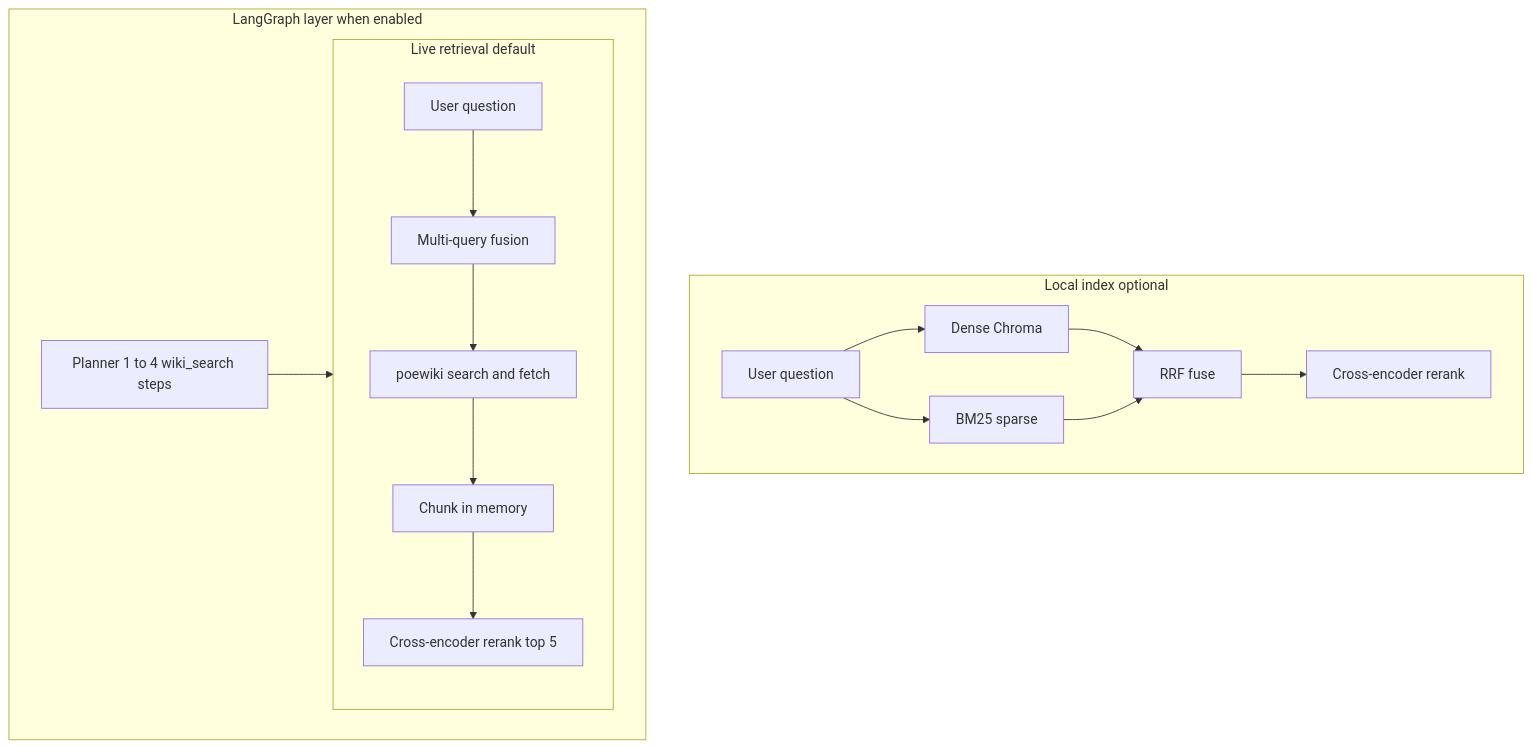
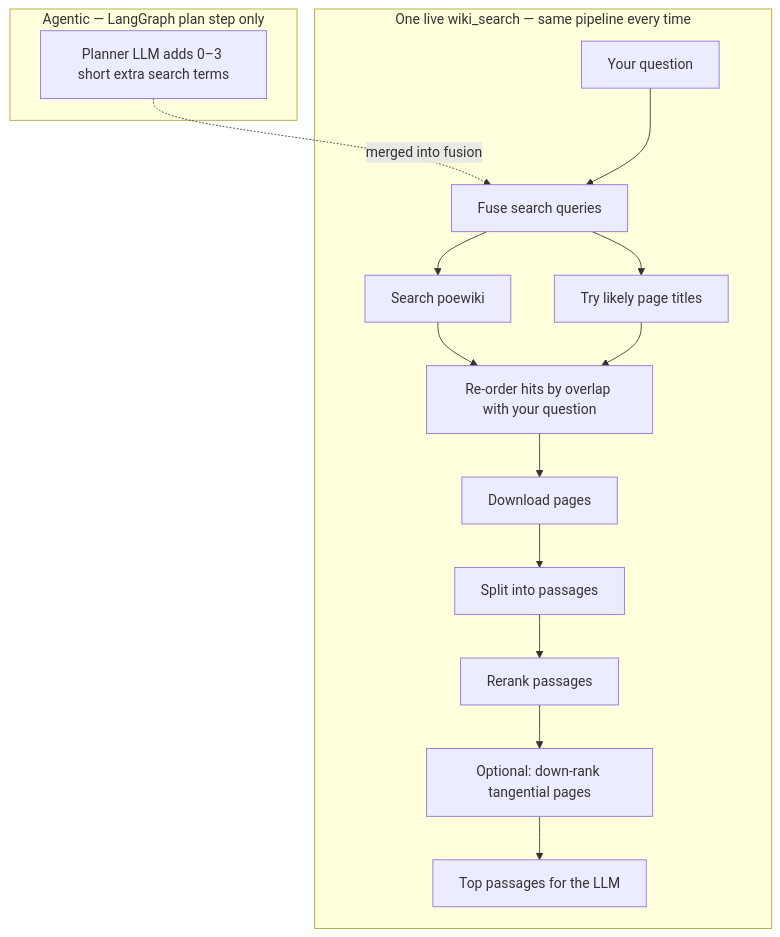
Before and after one commit to cent664/Siosa: the diagram in docs/ARCHITECTURE.md, drawn with Mermaid. The commit also changed other lines of this file and 15 other files, not shown here.

First line of the commit message:
Lean README and architecture docs; fix CI ruff.

````diff
--- a/docs/ARCHITECTURE.md
+++ b/docs/ARCHITECTURE.md
@@ -39,27 +17,25 @@
 ```mermaid
 flowchart TB
-  subgraph livePath [Live retrieval default]
-    Q1[User question]
-    F1[Multi-query fusion]
-    W[poewiki search and fetch]
-    C1[Chunk in memory]
-    R1[Cross-encoder rerank top 5]
-    Q1 --> F1 --> W --> C1 --> R1
+  subgraph agentic["Agentic — LangGraph plan step only"]
+    PL[Planner LLM adds 0–3 short extra search terms]
   end
-  subgraph localPath [Local index optional]
-    Q2[User question]
-    D[Dense Chroma]
-    B[BM25 sparse]
-    RRF[RRF fuse]
-    R2[Cross-encoder rerank]
-    Q2 --> D
-    Q2 --> B
-    D --> RRF
-    B --> RRF
-    RRF --> R2
+  subgraph pass["One live wiki_search — same pipeline every time"]
+    Q[Your question]
+    F[Fuse search queries]
+    S[Search poewiki]
+    T[Try likely page titles]
+    O[Re-order hits by overlap with your question]
+    DL[Download pages]
+    C[Split into passages]
+    RR[Rerank passages]
+    FT[Optional: down-rank tangential pages]
+    OUT[Top passages for the LLM]
   end
-  subgraph agentLayer [LangGraph layer when enabled]
-    P[Planner 1 to 4 wiki_search steps]
-    P --> livePath
-  end
+  PL -.->|merged into fusion| F
+  Q --> F
+  F --> S
+  F --> T
+  S --> O
+  T --> O
+  O --> DL --> C --> RR --> FT --> OUT
 ```
````
